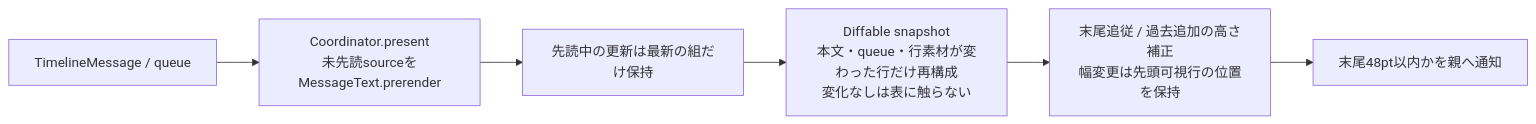
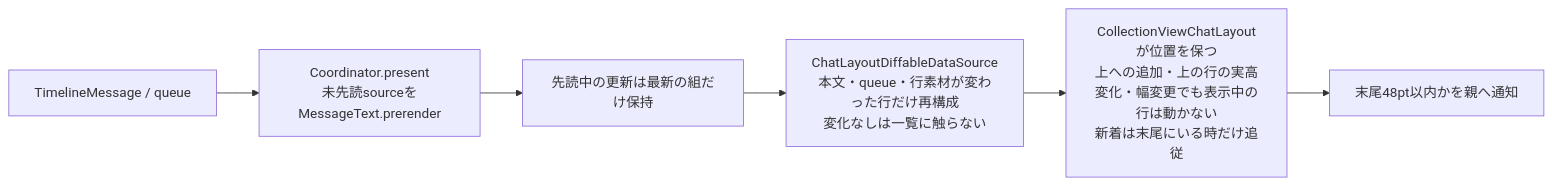
The second of 3 diagrams in docs/architecture/modules/apple/conversation.md (kitepon/BellTeam), drawn with Mermaid before and after one commit. The commit also changed other lines of this file and 10 other files, not shown here.

First line of the commit message:
Rebuild the conversation list on ChatLayout scroll anchoring; first page 30

````diff
--- a/docs/architecture/modules/apple/conversation.md
+++ b/docs/architecture/modules/apple/conversation.md
@@ -53,8 +53,8 @@
 ```mermaid
 flowchart LR
   Model["TimelineMessage / queue"] --> Prepare["Coordinator.present<br/>未先読sourceをMessageText.prerender"]
   Prepare --> Latest["先読中の更新は最新の組だけ保持"]
-  Latest --> Apply["Diffable snapshot<br/>本文・queue・行素材が変わった行だけ再構成<br/>変化なしは表に触らない"]
-  Apply --> Position["末尾追従 / 過去追加の高さ補正<br/>幅変更は先頭可視行の位置を保持"]
+  Latest --> Apply["ChatLayoutDiffableDataSource<br/>本文・queue・行素材が変わった行だけ再構成<br/>変化なしは一覧に触らない"]
+  Apply --> Position["CollectionViewChatLayoutが位置を保つ<br/>上への追加・上の行の実高変化・幅変更でも表示中の行は動かない<br/>新着は末尾にいる時だけ追従"]
   Position --> Callback["末尾48pt以内かを親へ通知"]
 ```
````
